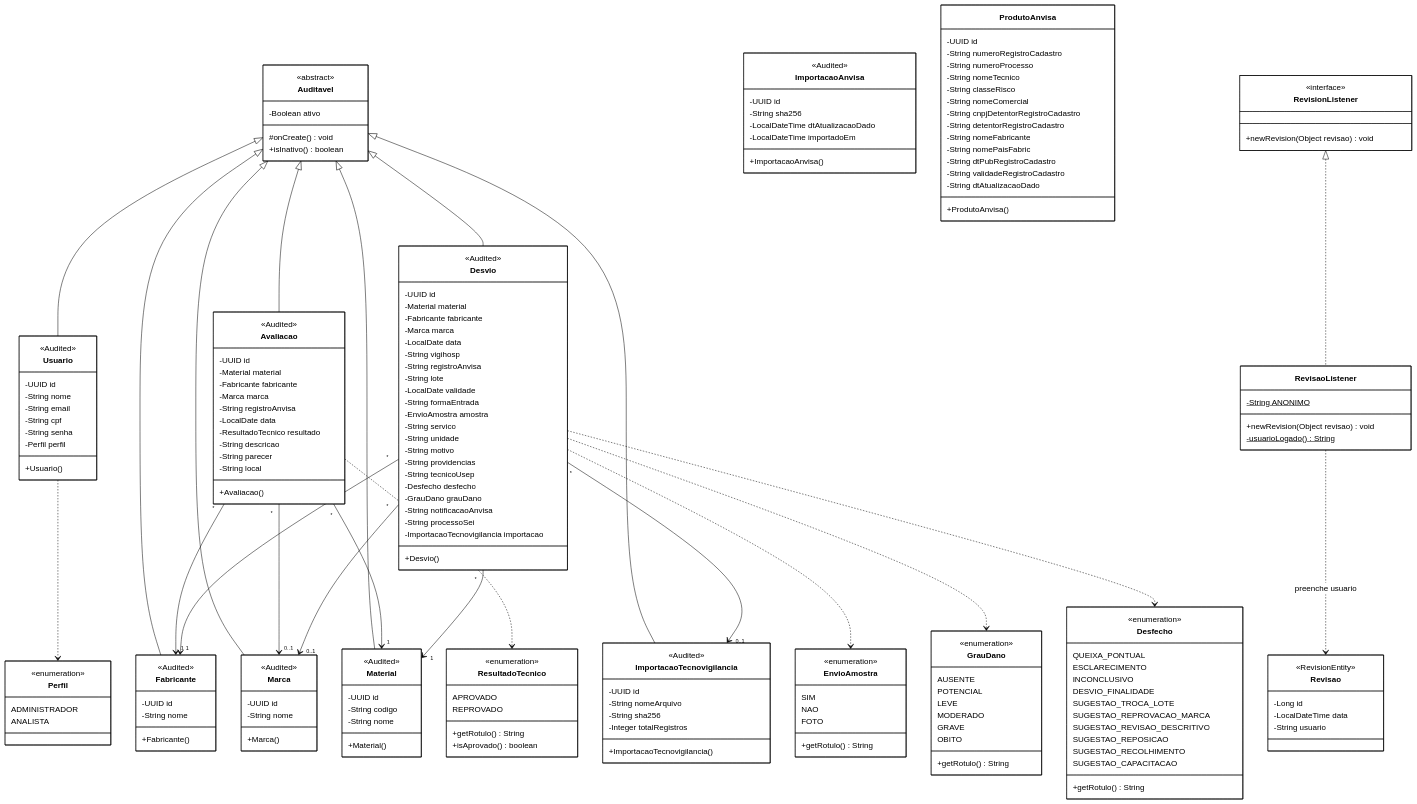
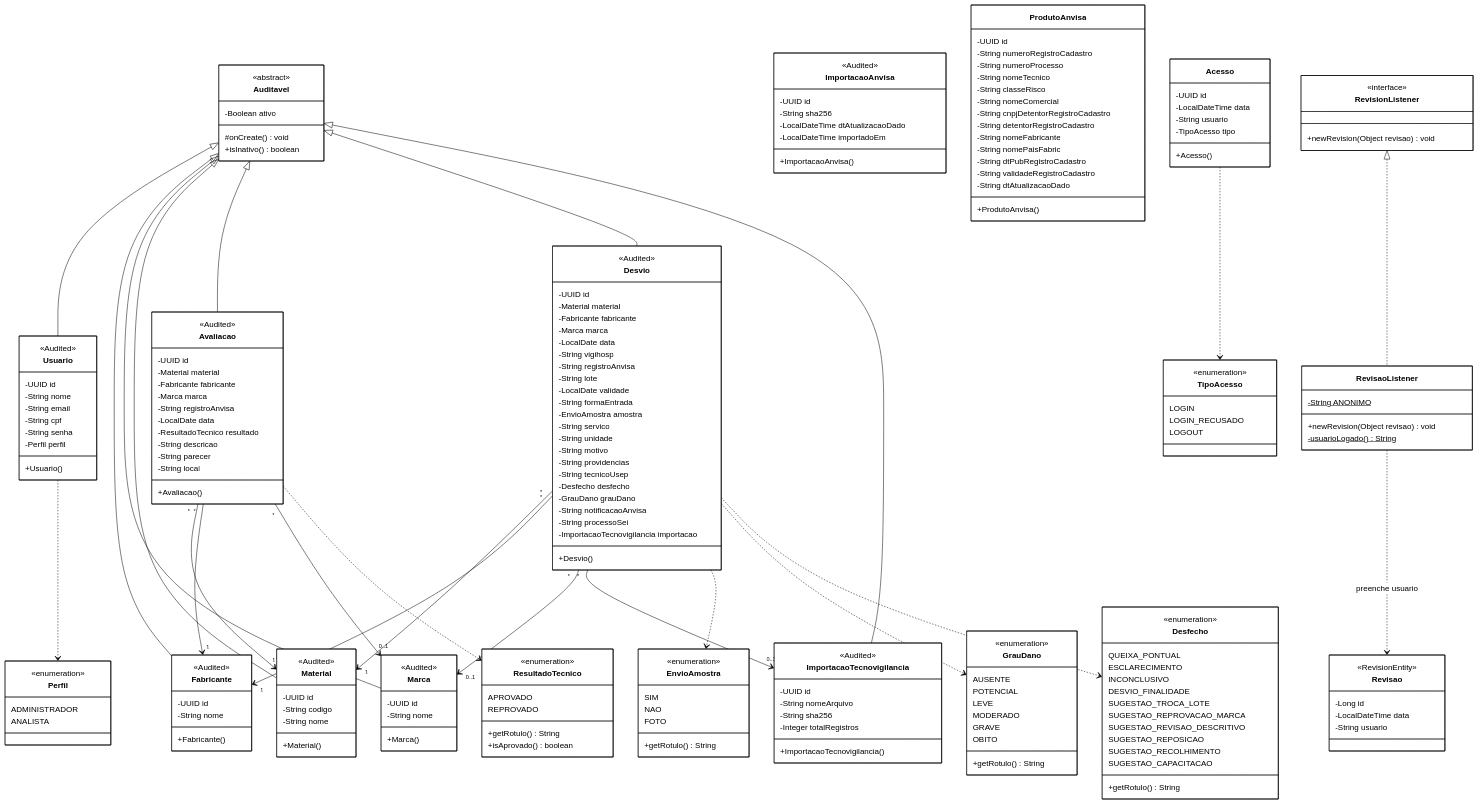
One commit to fe-fe/pid-hc changed the diagram in docs/diagrama-classes.mmd. Above: the diagram before and after it, drawn with Mermaid. The commit also changed 11 other files, not shown here.

```diff
--- a/docs/diagrama-classes.mmd
+++ b/docs/diagrama-classes.mmd
@@ -19,6 +19,7 @@
 
     class Auditavel {
         <<abstract>>
+        <<Audited>>
         -Boolean ativo
         #onCreate() void
         +isInativo() boolean
@@ -133,6 +134,14 @@
         +ProdutoAnvisa()
     }
 
+    class Acesso {
+        -UUID id
+        -LocalDateTime data
+        -String usuario
+        -TipoAcesso tipo
+        +Acesso()
+    }
+
     class Revisao {
         <<RevisionEntity>>
         -Long id
@@ -155,6 +164,13 @@
         <<enumeration>>
         ADMINISTRADOR
         ANALISTA
+    }
+
+    class TipoAcesso {
+        <<enumeration>>
+        LOGIN
+        LOGIN_RECUSADO
+        LOGOUT
     }
 
     class ResultadoTecnico {
@@ -220,6 +236,7 @@
     Desvio "*" --> "0..1" ImportacaoTecnovigilancia
 
     Usuario ..> Perfil
+    Acesso ..> TipoAcesso
     Avaliacao ..> ResultadoTecnico
     Desvio ..> EnvioAmostra
     Desvio ..> GrauDano
```
